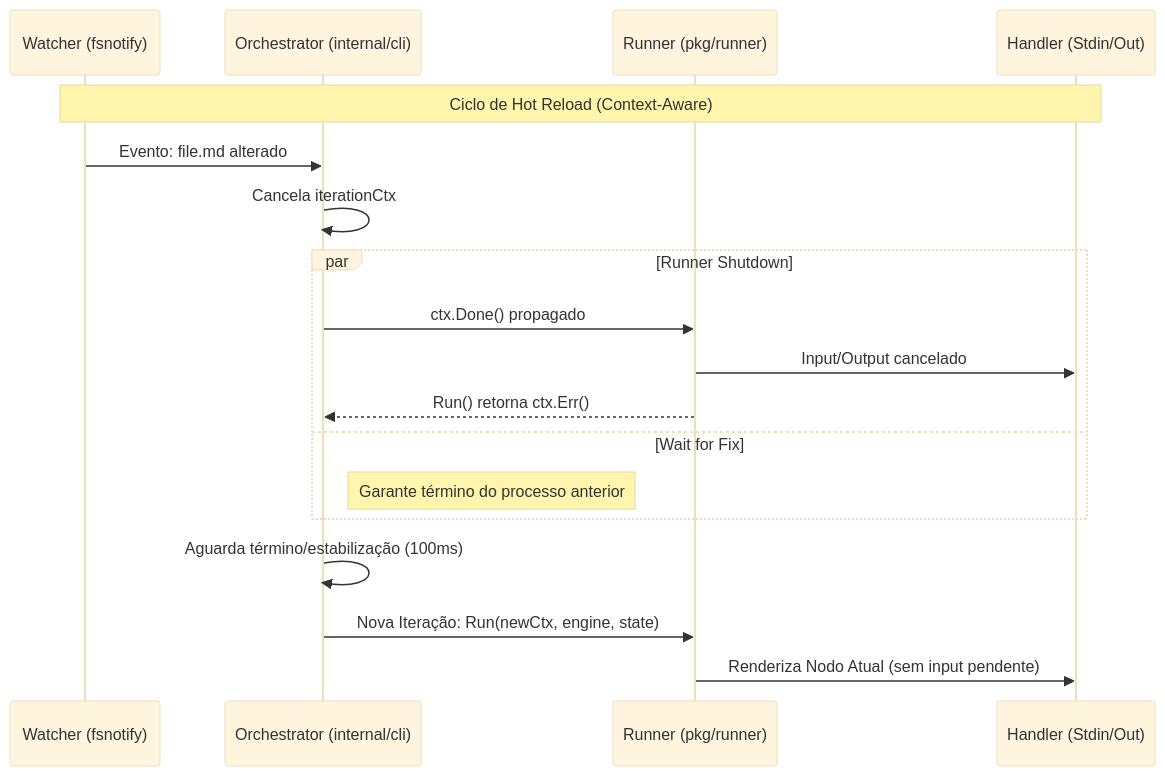
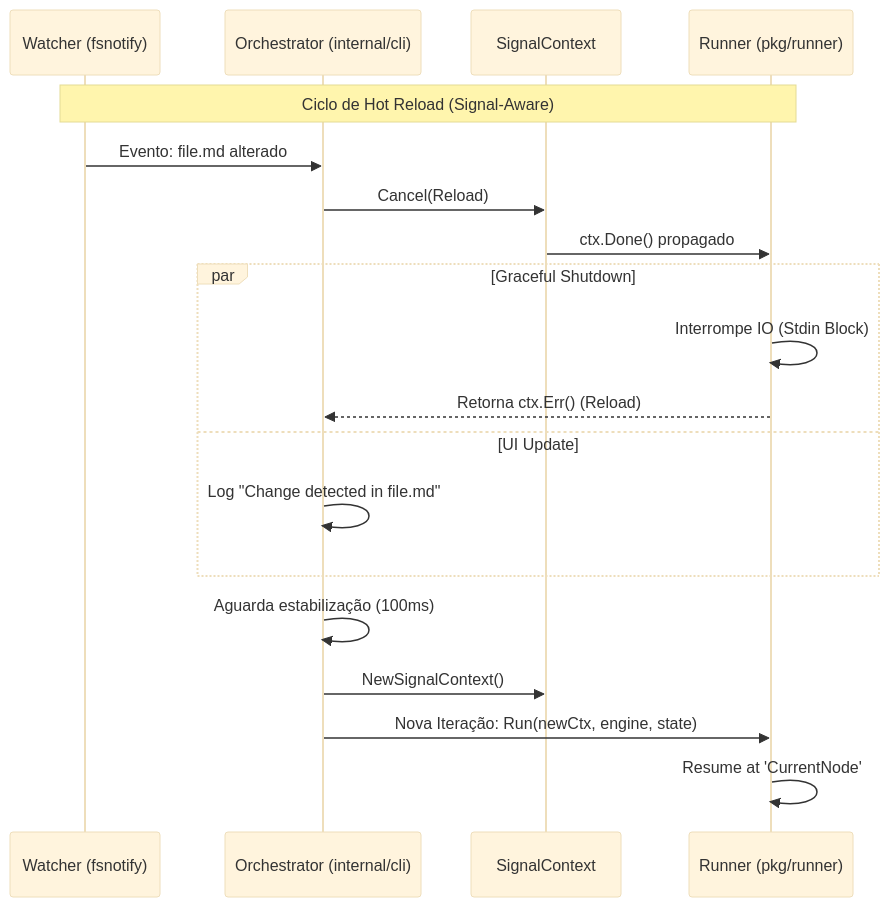
The fourth of 13 diagrams in docs/TECHNICAL.md (aretw0/trellis), drawn with Mermaid (base theme) before and after one commit. The commit also changed other lines of this file, not shown here.

Commit message:
docs: update technical reference with watch mode architecture
This commit updates technical.md to reflect the recent architectural changes in Watch Mode and Signal Handling.

Changes:
- Updated Section 6.1 (Hot Reload Lifecycle) to illustrate the use of SignalContext and the distinction between graceful shutdown (reload) and user interruption.
- Updated Section 8.2 (Runner & IO) to document the Signal Mapping strategy, explicitly separating 'interrupt' (SIGINT) from 'reload' (Parent Context Cancellation).
- Aligned diagrams with the actual implementation behavior.

````diff
--- a/docs/TECHNICAL.md
+++ b/docs/TECHNICAL.md
@@ -221,21 +221,24 @@
 ```mermaid
 sequenceDiagram
     participant W as Watcher (fsnotify)
     participant O as Orchestrator (internal/cli)
+    participant S as SignalContext
     participant R as Runner (pkg/runner)
-    participant H as Handler (Stdin/Out)
 
-    Note over W, H: Ciclo de Hot Reload (Context-Aware)
+    Note over W, R: Ciclo de Hot Reload (Signal-Aware)
     W->>O: Evento: file.md alterado
-    O->>O: Cancela iterationCtx
-    par Runner Shutdown
-        O->>R: ctx.Done() propagado
-        R->>H: Input/Output cancelado
-        R-->>O: Run() retorna ctx.Err()
-    and Wait for Fix
-        Note right of O: Garante término do processo anterior
+    O->>S: Cancel(Reload)
+    S->>R: ctx.Done() propagado
+    
+    par Graceful Shutdown
+        R->>R: Interrompe IO (Stdin Block)
+        R-->>O: Retorna ctx.Err() (Reload)
+    and UI Update
+        O->>O: Log "Change detected in file.md"
     end
-    O->>O: Aguarda término/estabilização (100ms)
+    
+    O->>O: Aguarda estabilização (100ms)
+    O->>S: NewSignalContext()
     O->>R: Nova Iteração: Run(newCtx, engine, state)
-    R->>H: Renderiza Nodo Atual (sem input pendente)
+    R->>R: Resume at 'CurrentNode'
 ```
````
